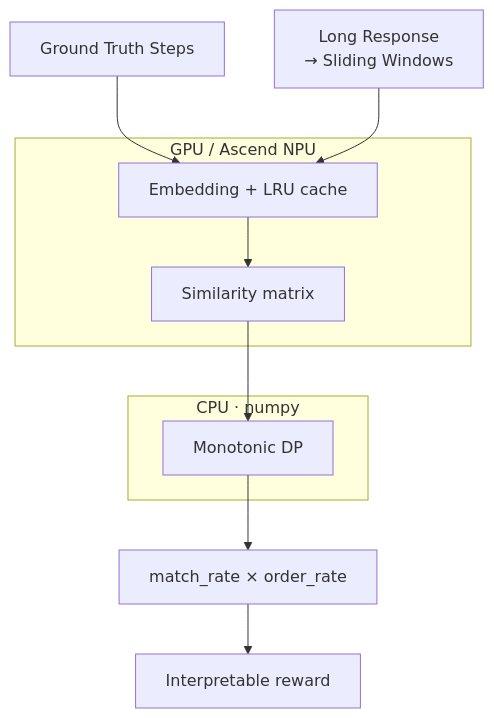
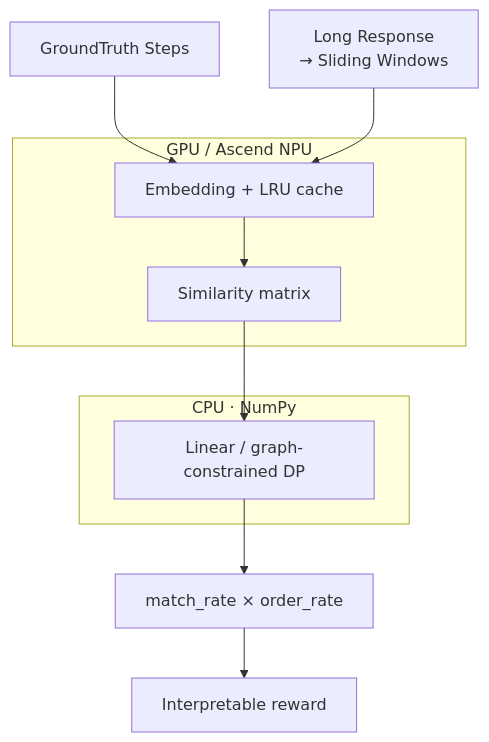
Before and after one commit to VictorD1024/Reward-Align-Scorer: the second of 2 diagrams in README.md, drawn with Mermaid. The commit also changed other lines of this file and 64 other files, not shown here.

Commit message:
feat: add graph-constrained alignment and turn-level rewards

````diff
--- a/README.md
+++ b/README.md
@@ -12,14 +55,14 @@
 ```mermaid
 flowchart TD
-    R["Ground Truth Steps"] --> E
+    R["GroundTruth Steps"] --> E
     W["Long Response<br/>→ Sliding Windows"] --> E
     subgraph GPU["GPU / Ascend NPU"]
         E["Embedding + LRU cache"] --> S["Similarity matrix"]
     end
     S --> D
-    subgraph CPU["CPU · numpy"]
-        D["Monotonic DP"]
+    subgraph CPU["CPU · NumPy"]
+        D["Linear / graph-constrained DP"]
     end
     D --> O["match_rate × order_rate"]
     O --> Score["Interpretable reward"]
 ```
````
